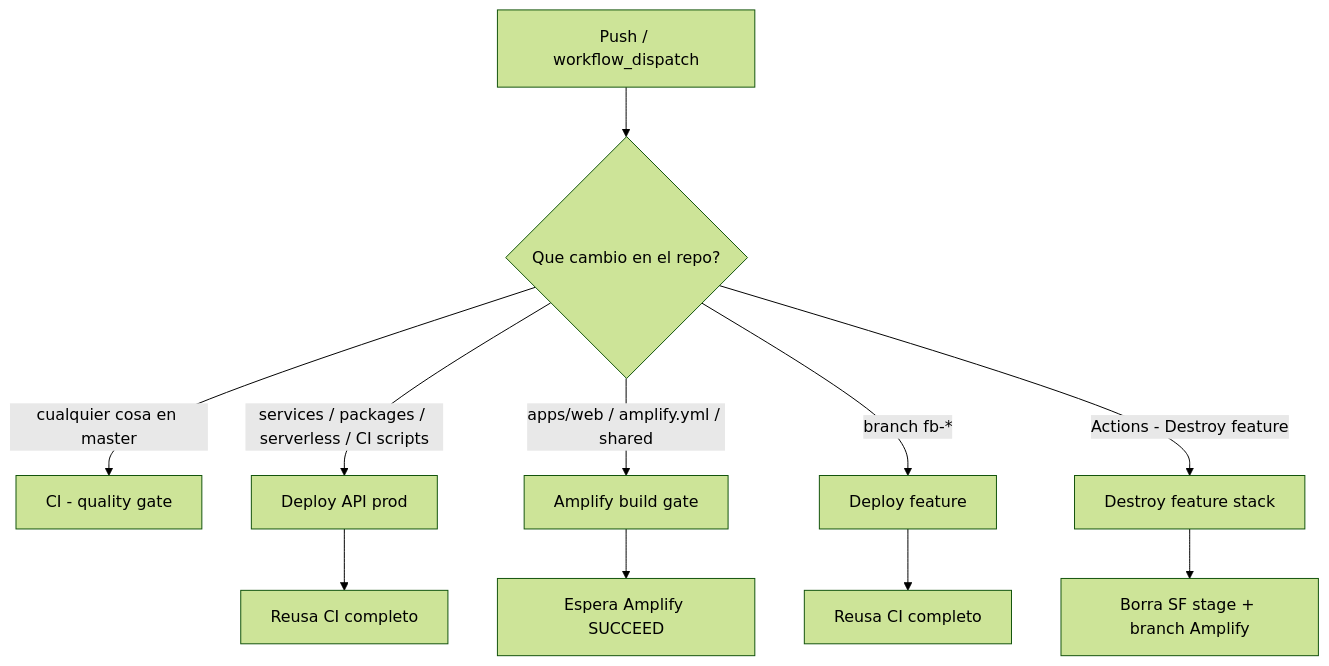
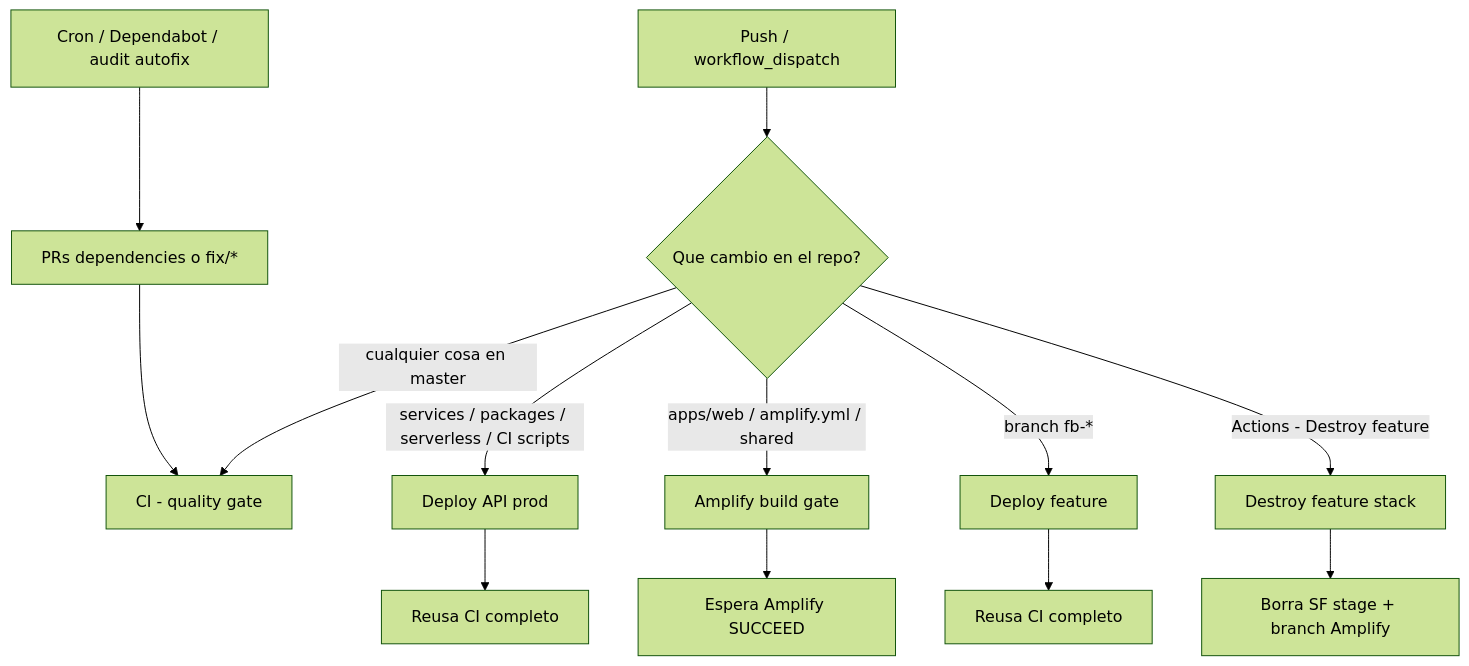
The first of 5 diagrams in README.md (DanielMat97/checkout-store-fullstack-test), drawn with Mermaid (forest theme) before and after one commit. The commit also changed other lines of this file and 14 other files, not shown here.

First line of the commit message:
feat: wire Dependabot audit autofix and document delivery readiness

````diff
--- a/README.md
+++ b/README.md
@@ -183,16 +193,19 @@
 ```mermaid
 flowchart TD
   push["Push / workflow_dispatch"]
   push --> path{"Que cambio en el repo?"}
 
   path -->|"cualquier cosa en master"| CI["CI - quality gate"]
   path -->|"services / packages / serverless / CI scripts"| DeployAPI["Deploy API prod"]
   path -->|"apps/web / amplify.yml / shared"| AmpGate["Amplify build gate"]
   path -->|"branch fb-*"| Feat["Deploy feature"]
   path -->|"Actions - Destroy feature"| Destroy["Destroy feature stack"]
 
+  cron["Cron / Dependabot / audit autofix"] --> Deps["PRs dependencies o fix/*"]
+  Deps --> CI
+
   DeployAPI --> CIReuse["Reusa CI completo"]
   Feat --> CIReuse2["Reusa CI completo"]
   AmpGate --> WaitAmp["Espera Amplify SUCCEED"]
   Destroy --> Clean["Borra SF stage + branch Amplify"]
 ```
````
